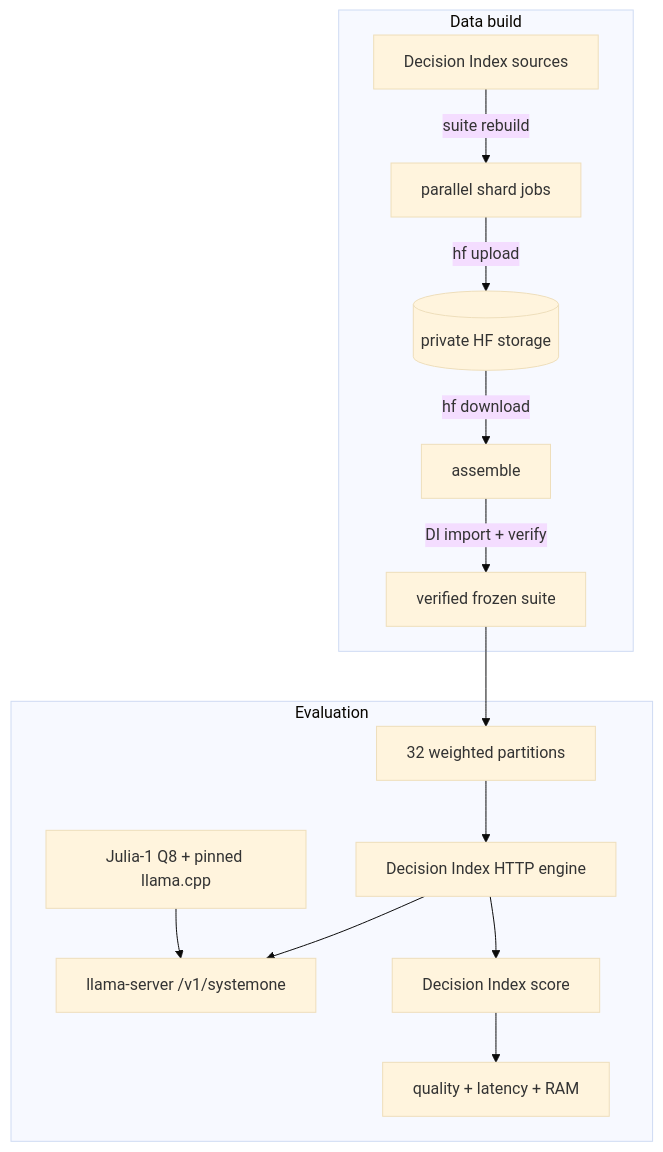
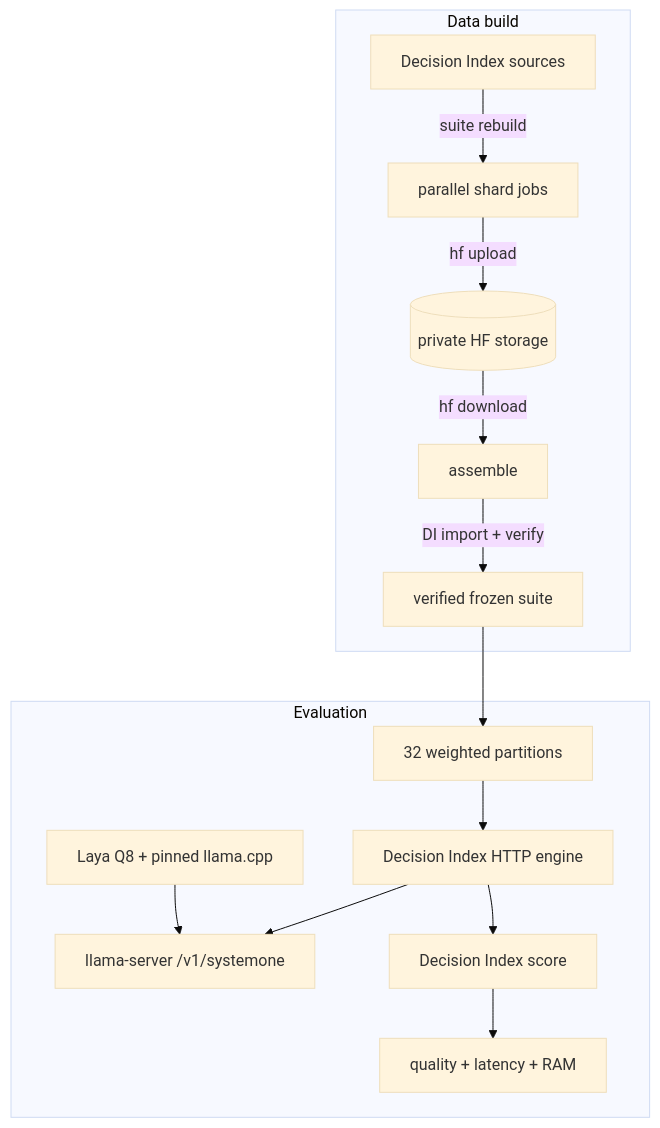
One commit to datGryphon/systemone-eval changed the diagram in .github/README.md. Above: the diagram before and after it, drawn with Mermaid (base theme). The commit also changed other lines of this file, not shown here.

Commit message:
docs: update Laya evaluation pipeline

````diff
--- a/.github/README.md
+++ b/.github/README.md
@@ -11,31 +11,31 @@
 ```mermaid
 flowchart TD
     subgraph BUILD["Data build"]
         DI[Decision Index sources]
         SHARDS[parallel shard jobs]
         STORE[(private HF storage)]
         ASSEMBLE[assemble]
         SUITE[verified frozen suite]
 
         DI -->|suite rebuild| SHARDS
         SHARDS -->|hf upload| STORE
         STORE -->|hf download| ASSEMBLE
         ASSEMBLE -->|DI import + verify| SUITE
     end
 
     subgraph EVAL["Evaluation"]
         SPLIT[32 weighted partitions]
-        MODEL[Julia-1 Q8 + pinned llama.cpp]
+        MODEL[Laya Q8 + pinned llama.cpp]
         SERVER[llama-server /v1/systemone]
         ENGINE[Decision Index HTTP engine]
         SCORE[Decision Index score]
         RESULTS[quality + latency + RAM]
 
         SUITE --> SPLIT
         SPLIT --> ENGINE
         MODEL --> SERVER
         ENGINE --> SERVER
         ENGINE --> SCORE
         SCORE --> RESULTS
     end
 ```
````
